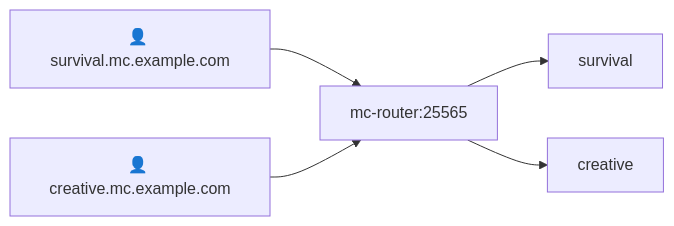
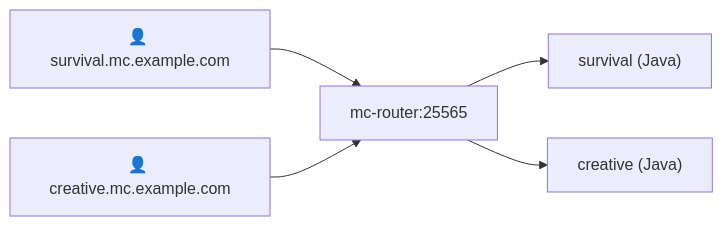
One commit to Ketbome/minepanel changed the third of 3 diagrams in doc/networking.md. Above: the diagram before and after it, drawn with Mermaid. The commit also changed other lines of this file and 15 other files, not shown here.

````diff
--- a/doc/networking.md
+++ b/doc/networking.md
@@ -139,7 +154,7 @@
 ```mermaid
 flowchart LR
     P1["👤 survival.mc.example.com"] --> Router["mc-router:25565"]
     P2["👤 creative.mc.example.com"] --> Router
-    Router --> MC1["survival"]
-    Router --> MC2["creative"]
+    Router --> MC1["survival (Java)"]
+    Router --> MC2["creative (Java)"]
 ```
````
